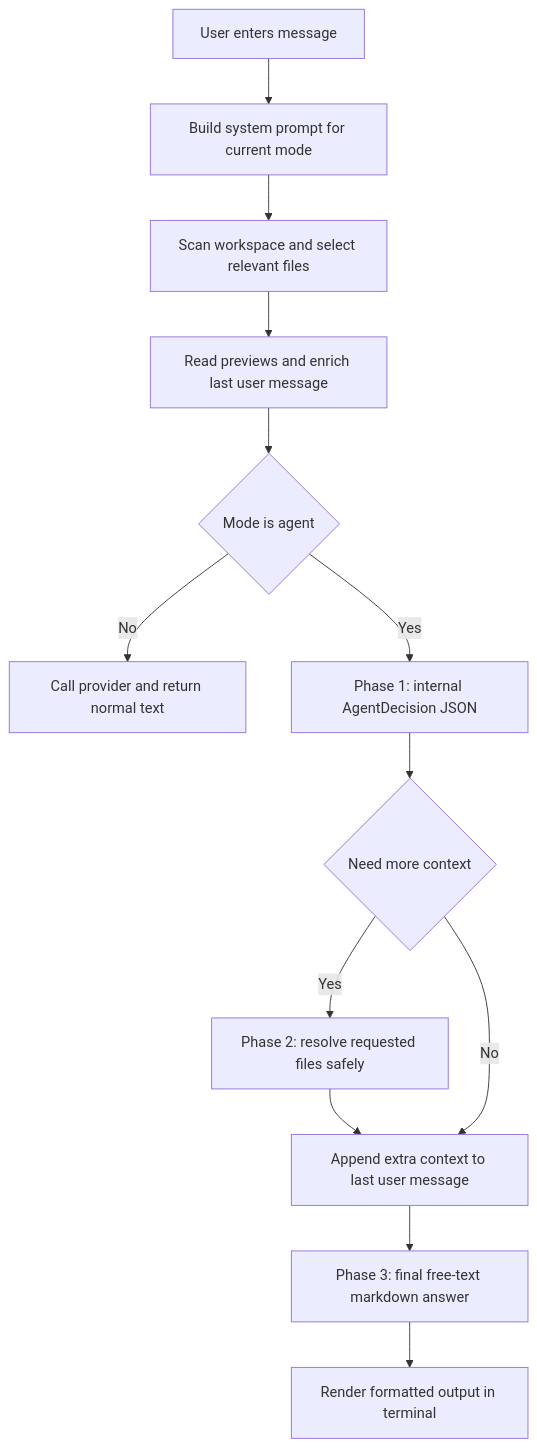
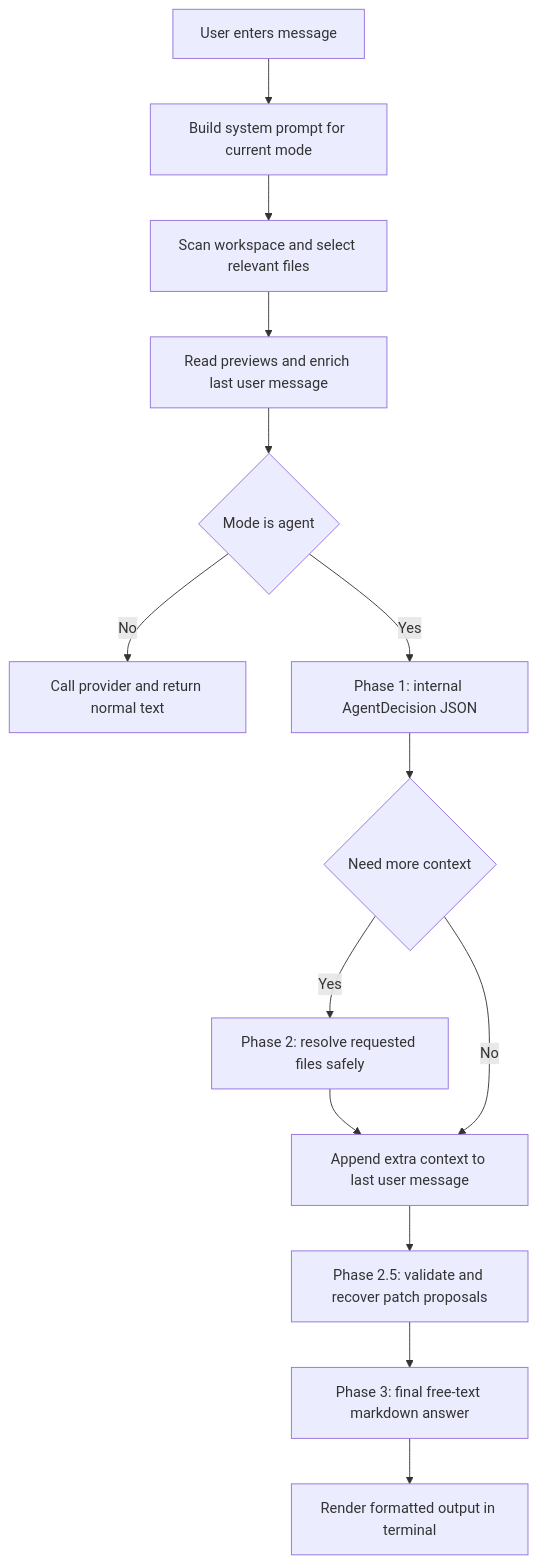
One commit to lucasaguilar/rei changed the first of 2 diagrams in README.md. Above: the diagram before and after it, drawn with Mermaid. The commit also changed other lines of this file and 10 other files, not shown here.

````diff
--- a/README.md
+++ b/README.md
@@ -430,15 +426,16 @@
 ```mermaid
 flowchart TD
   A[User enters message] --> B[Build system prompt for current mode]
   B --> C[Scan workspace and select relevant files]
   C --> D[Read previews and enrich last user message]
   D --> E{Mode is agent}
   E -->|No| F[Call provider and return normal text]
   E -->|Yes| G[Phase 1: internal AgentDecision JSON]
   G --> H{Need more context}
   H -->|Yes| I[Phase 2: resolve requested files safely]
   I --> J[Append extra context to last user message]
   H -->|No| J
-  J --> K[Phase 3: final free-text markdown answer]
-  K --> L[Render formatted output in terminal]
+  J --> K[Phase 2.5: validate and recover patch proposals]
+  K --> L[Phase 3: final free-text markdown answer]
+  L --> M[Render formatted output in terminal]
 ```
````
